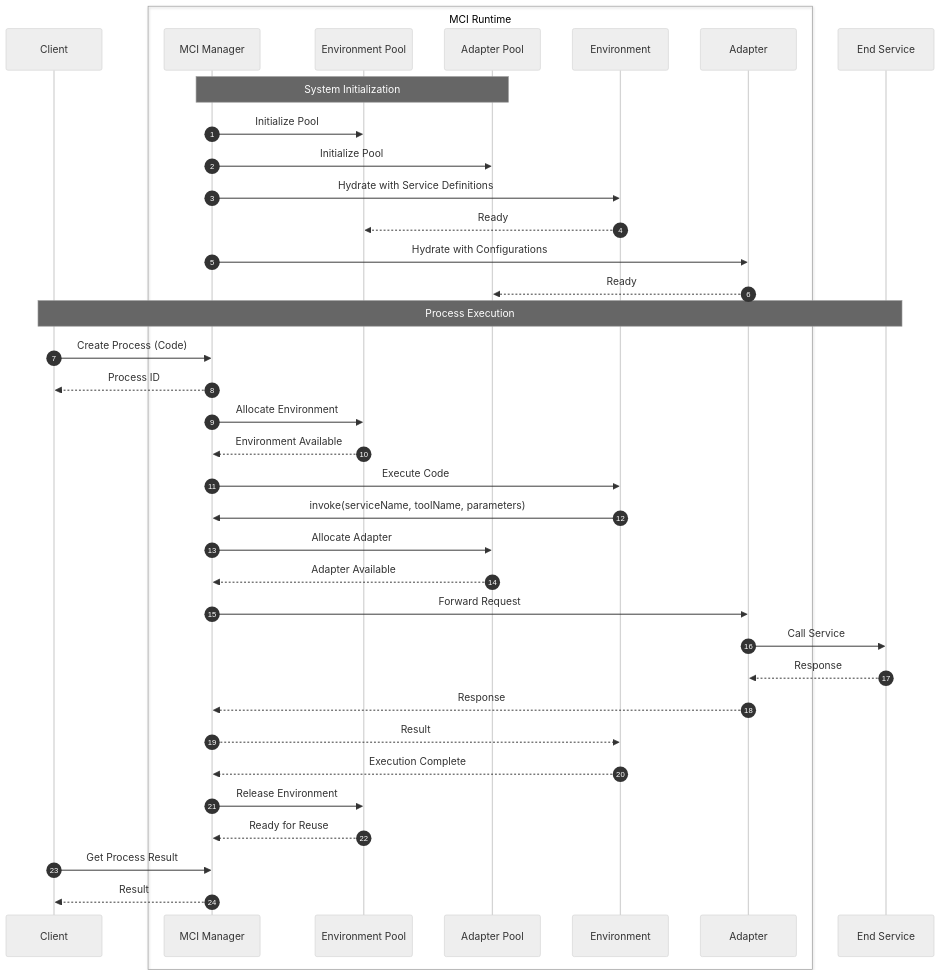
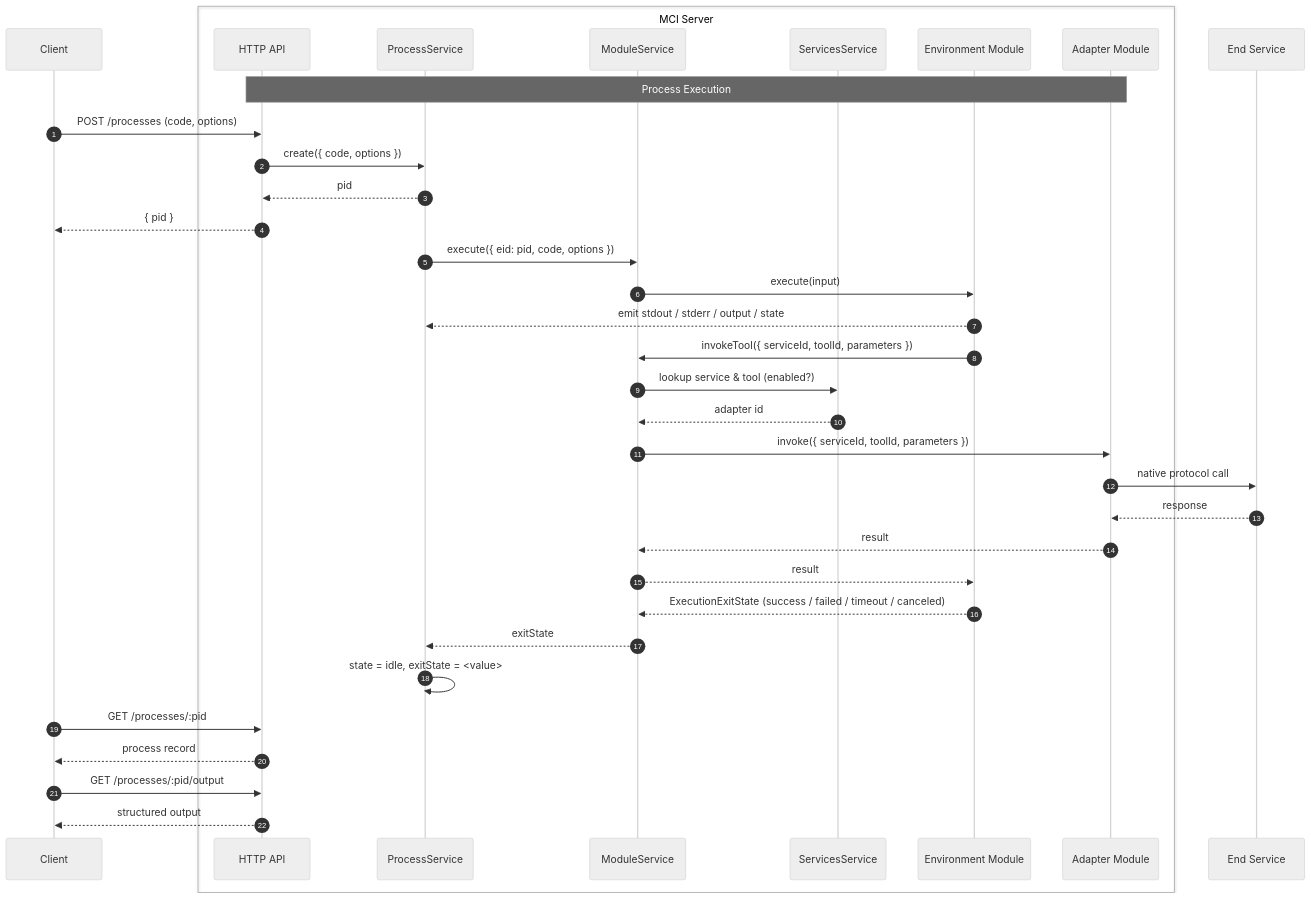
One commit to actelos/cyrnel changed the second of 2 diagrams in docs/content/architecture.mdx. Above: the diagram before and after it, drawn with Mermaid (neutral theme). The commit also changed other lines of this file and 21 other files, not shown here.

First line of the commit message:
docs: rewrite documentation for redesigned architecture

````diff
--- a/docs/content/architecture.mdx
+++ b/docs/content/architecture.mdx
@@ -77,44 +114,45 @@
 ```mermaid
 sequenceDiagram
     autonumber
 
     participant Client
 
-    box MCI Runtime
-        participant Manager as MCI Manager
-        participant EnvPool as Environment Pool
-        participant AdapterPool as Adapter Pool
-        participant Env as Environment
-        participant Adapter
+    box MCI Server
+        participant API as HTTP API
+        participant PS as ProcessService
+        participant MS as ModuleService
+        participant SS as ServicesService
+        participant Env as Environment Module
+        participant Adapter as Adapter Module
     end
 
     participant Service as End Service
 
-    Note over Manager,AdapterPool: System Initialization
-    Manager->>EnvPool: Initialize Pool
-    Manager->>AdapterPool: Initialize Pool
-    Manager->>Env: Hydrate with Service Definitions
-    Env-->>EnvPool: Ready
-    Manager->>Adapter: Hydrate with Configurations
-    Adapter-->>AdapterPool: Ready
+    Note over API,Adapter: Process Execution
+    Client->>API: POST /processes (code, options)
+    API->>PS: create({ code, options })
+    PS-->>API: pid
+    API-->>Client: { pid }
 
-    Note over Client,Service: Process Execution
-    Client->>Manager: Create Process (Code)
-    Manager-->>Client: Process ID
-    Manager->>EnvPool: Allocate Environment
-    EnvPool-->>Manager: Environment Available
-    Manager->>Env: Execute Code
-    Env->>Manager: invoke(serviceName, toolName, parameters)
-    Manager->>AdapterPool: Allocate Adapter
-    AdapterPool-->>Manager: Adapter Available
-    Manager->>Adapter: Forward Request
-    Adapter->>Service: Call Service
-    Service-->>Adapter: Response
-    Adapter-->>Manager: Response
-    Manager-->>Env: Result
-    Env-->>Manager: Execution Complete
-    Manager->>EnvPool: Release Environment
-    EnvPool-->>Manager: Ready for Reuse
-    Client->>Manager: Get Process Result
-    Manager-->>Client: Result
+    PS->>MS: execute({ eid: pid, code, options })
+    MS->>Env: execute(input)
+    Env-->>PS: emit stdout / stderr / output / state
+
+    Env->>MS: invokeTool({ serviceId, toolId, parameters })
+    MS->>SS: lookup service & tool (enabled?)
+    SS-->>MS: adapter id
+    MS->>Adapter: invoke({ serviceId, toolId, parameters })
+    Adapter->>Service: native protocol call
+    Service-->>Adapter: response
+    Adapter-->>MS: result
+    MS-->>Env: result
+
+    Env-->>MS: ExecutionExitState (success / failed / timeout / canceled)
+    MS-->>PS: exitState
+    PS->>PS: state = idle, exitState = <value>
+
+    Client->>API: GET /processes/:pid
+    API-->>Client: process record
+    Client->>API: GET /processes/:pid/output
+    API-->>Client: structured output
 ```
````
